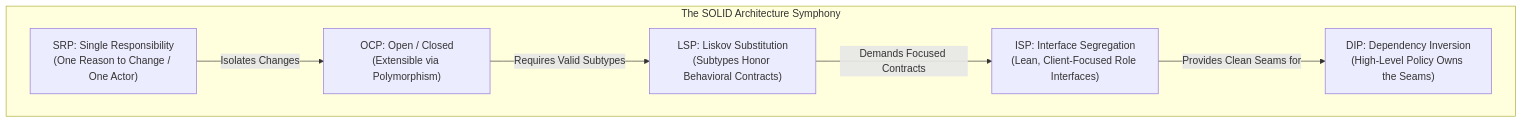
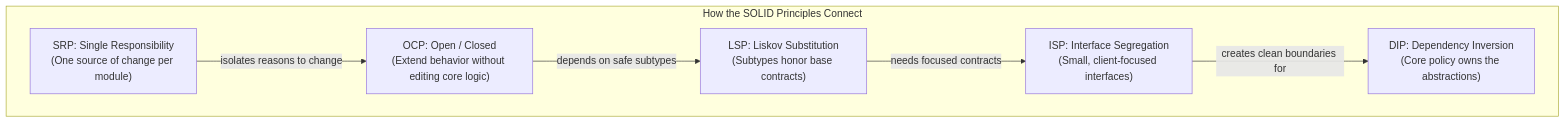
One commit to ravishankar2463/java_hub changed the first of 3 diagrams in content/roadmap/level-6/solid-principles-basics.md. Above: the diagram before and after it, drawn with Mermaid. The commit also changed other lines of this file and 119 other files, not shown here.

Commit message:
feat: add comprehensive java learning roadmap content across multiple levels

````diff
--- a/content/roadmap/level-6/solid-principles-basics.md
+++ b/content/roadmap/level-6/solid-principles-basics.md
@@ -21,15 +20,15 @@
 ```mermaid
 flowchart TD
-    subgraph "The SOLID Architecture Symphony"
-        SRP["SRP: Single Responsibility<br/>(One Reason to Change / One Actor)"]
-        OCP["OCP: Open / Closed<br/>(Extensible via Polymorphism)"]
-        LSP["LSP: Liskov Substitution<br/>(Subtypes Honor Behavioral Contracts)"]
-        ISP["ISP: Interface Segregation<br/>(Lean, Client-Focused Role Interfaces)"]
-        DIP["DIP: Dependency Inversion<br/>(High-Level Policy Owns the Seams)"]
+    subgraph "How the SOLID Principles Connect"
+        SRP["SRP: Single Responsibility<br/>(One source of change per module)"]
+        OCP["OCP: Open / Closed<br/>(Extend behavior without editing core logic)"]
+        LSP["LSP: Liskov Substitution<br/>(Subtypes honor base contracts)"]
+        ISP["ISP: Interface Segregation<br/>(Small, client-focused interfaces)"]
+        DIP["DIP: Dependency Inversion<br/>(Core policy owns the abstractions)"]
     end
 
-    SRP -->|Isolates Changes| OCP
-    OCP -->|Requires Valid Subtypes| LSP
-    LSP -->|Demands Focused Contracts| ISP
-    ISP -->|Provides Clean Seams for| DIP
+    SRP -->|"isolates reasons to change"| OCP
+    OCP -->|"depends on safe subtypes"| LSP
+    LSP -->|"needs focused contracts"| ISP
+    ISP -->|"creates clean boundaries for"| DIP
 ```
````
